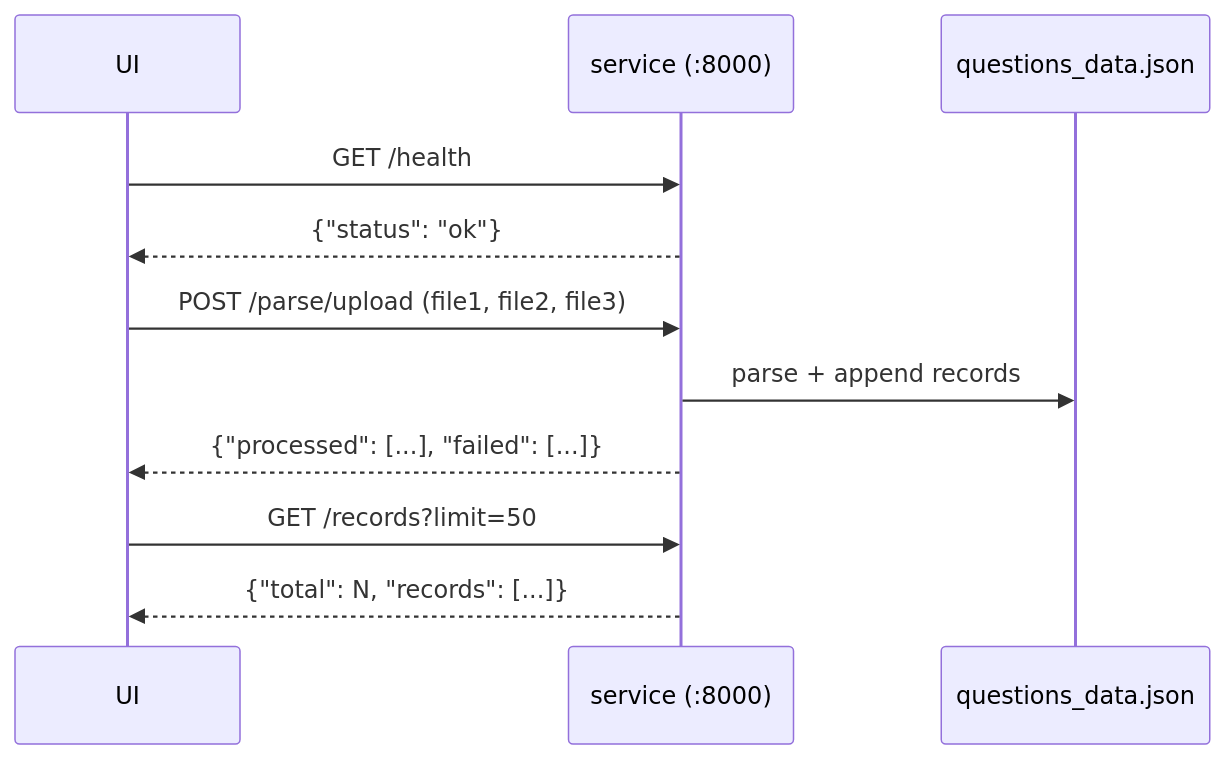
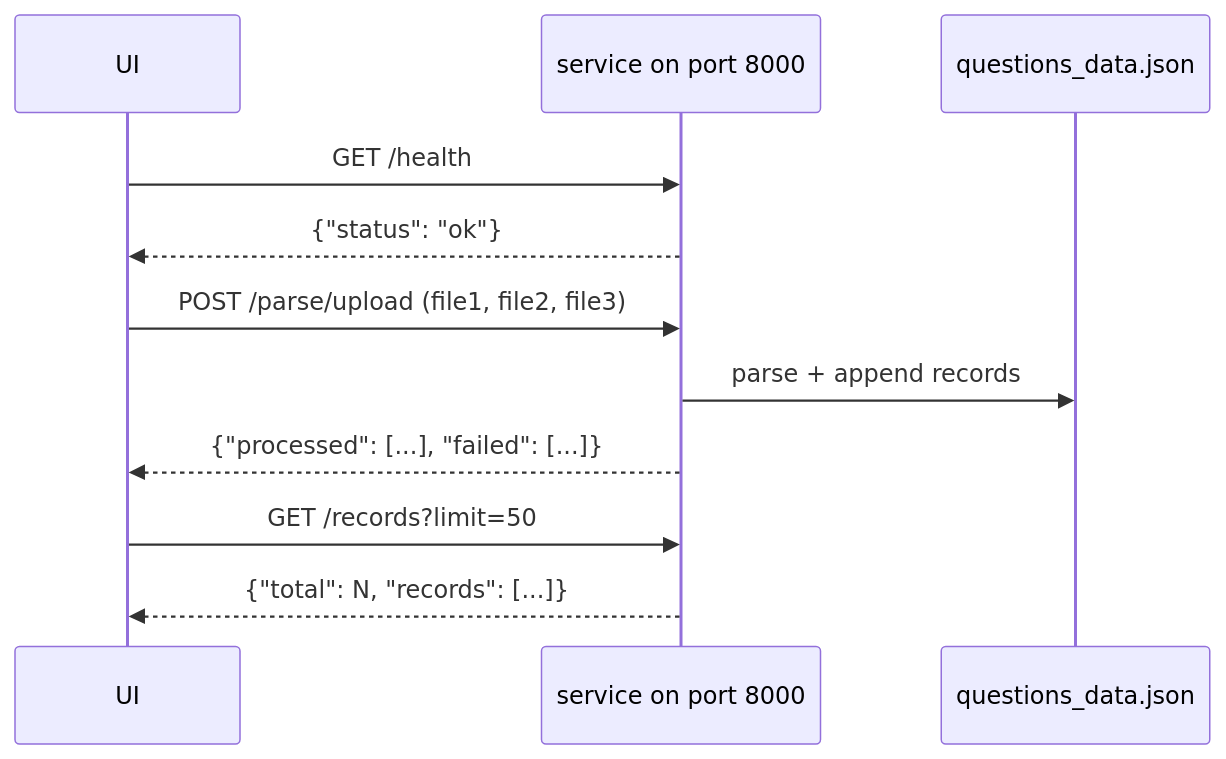
One commit to bibhusharma1/QuesScrapper changed the second of 2 diagrams in DOCS.md. Above: the diagram before and after it, drawn with Mermaid. The commit also changed other lines of this file and 2 other files, not shown here.

First line of the commit message:
Polish md files: fix stray heading, mermaid syntax, whitespace, endings

````diff
--- a/DOCS.md
+++ b/DOCS.md
@@ -108,14 +108,14 @@
 ```mermaid
 sequenceDiagram
     participant UI
-    participant S as service (:8000)
+    participant S as service on port 8000
     participant J as questions_data.json
 
     UI->>S: GET /health
     S-->>UI: {"status": "ok"}
     UI->>S: POST /parse/upload  (file1, file2, file3)
     S->>J: parse + append records
     S-->>UI: {"processed": [...], "failed": [...]}
     UI->>S: GET /records?limit=50
     S-->>UI: {"total": N, "records": [...]}
 ```
````
